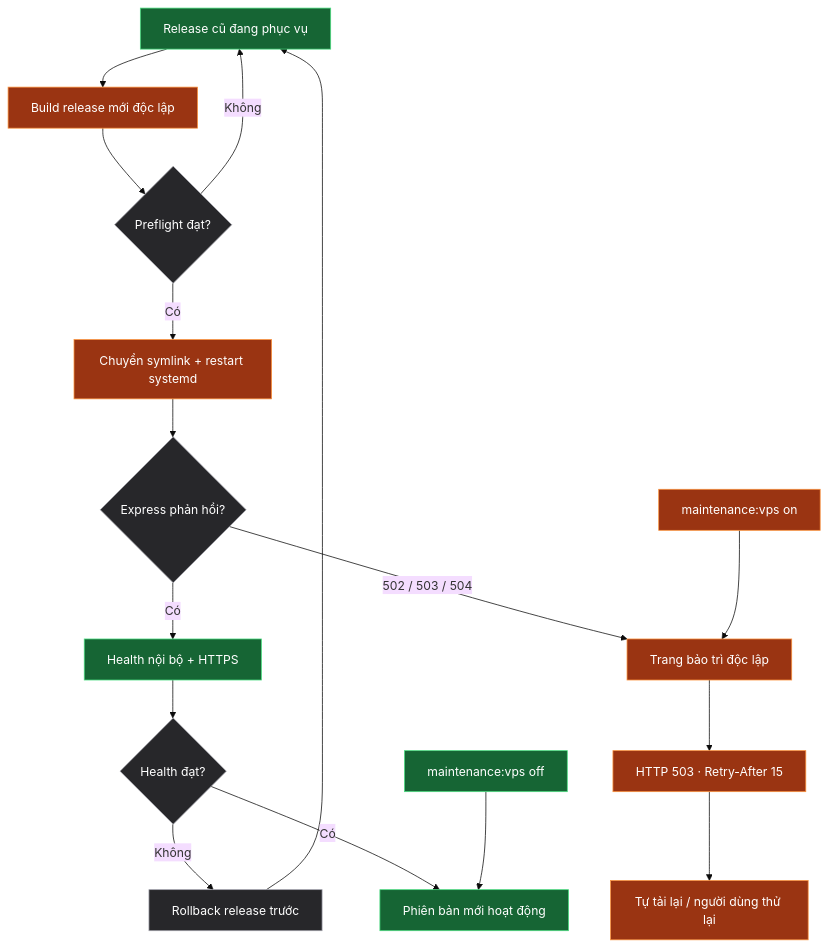
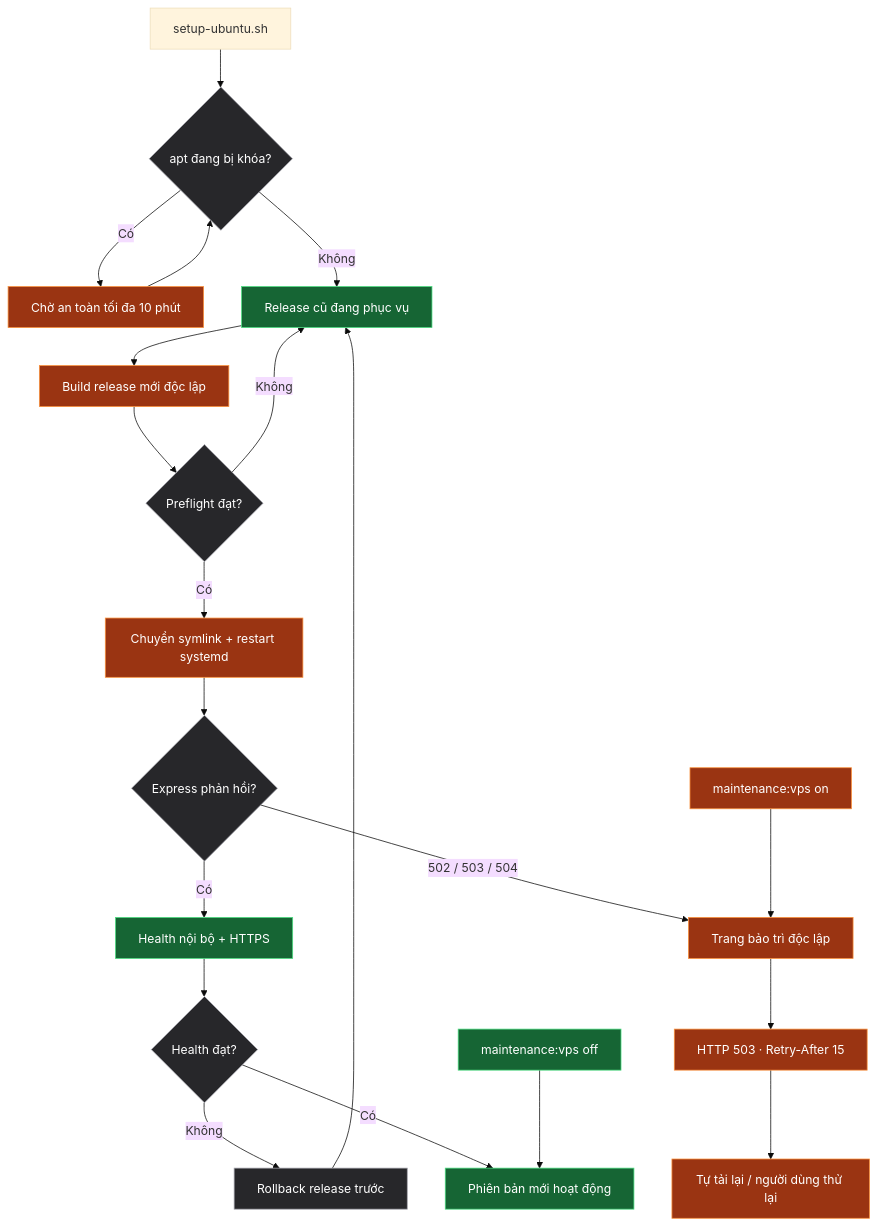
The fourth of 4 diagrams in DIAGRAMS.md (phamcongdanh98/Web-tool-ALL), drawn with Mermaid (base theme) before and after one commit. The commit also changed 5 other files, not shown here.

Commit message:
Wait for apt locks safely during Ubuntu setup

````diff
--- a/DIAGRAMS.md
+++ b/DIAGRAMS.md
@@ -99,25 +99,29 @@
 ```mermaid
 flowchart TD
-    A["Release cũ đang phục vụ"] --> B["Build release mới độc lập"]
+    S["setup-ubuntu.sh"] --> Q{"apt đang bị khóa?"}
+    Q -- "Có" --> W["Chờ an toàn tối đa 10 phút"]
+    W --> Q
+    Q -- "Không" --> A["Release cũ đang phục vụ"]
+    A --> B["Build release mới độc lập"]
     B --> C{"Preflight đạt?"}
     C -- "Không" --> A
     C -- "Có" --> D["Chuyển symlink + restart systemd"]
     D --> E{"Express phản hồi?"}
     E -- "Có" --> F["Health nội bộ + HTTPS"]
     E -- "502 / 503 / 504" --> M["Trang bảo trì độc lập"]
     G["maintenance:vps on"] --> M
     M --> H["HTTP 503 · Retry-After 15"]
     H --> I["Tự tải lại / người dùng thử lại"]
     F --> J{"Health đạt?"}
     J -- "Không" --> K["Rollback release trước"]
     J -- "Có" --> L["Phiên bản mới hoạt động"]
     K --> A
     N["maintenance:vps off"] --> L
 
     classDef ok fill:#166534,stroke:#4ade80,color:#fff;
     classDef wait fill:#9a3412,stroke:#fb923c,color:#fff;
     classDef decision fill:#27272a,stroke:#a1a1aa,color:#fff;
     class A,F,L,N ok;
-    class B,D,G,M,H,I wait;
-    class C,E,J,K decision;
+    class B,D,G,M,H,I,W wait;
+    class C,E,J,K,Q decision;
 ```
````
